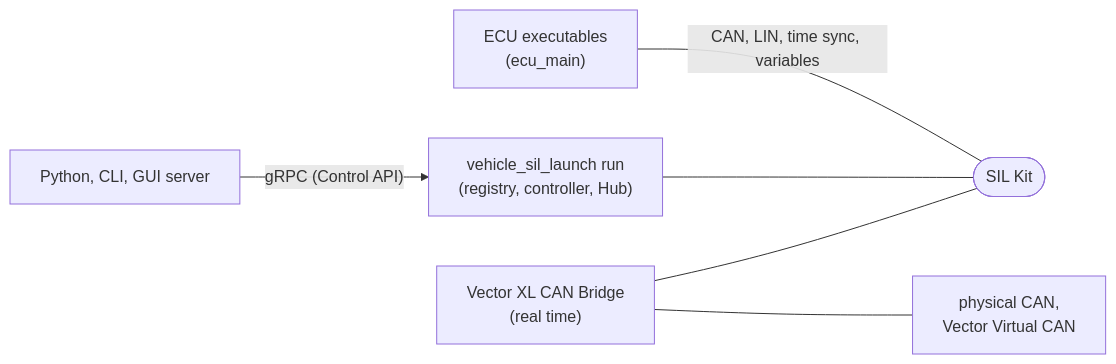
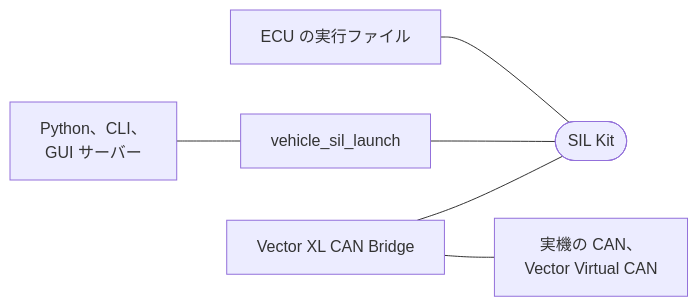
The diagram in docs/architecture.md (rahanahu/vehicle-sil), drawn with Mermaid before and after one commit. The commit also changed other lines of this file and 5 other files, not shown here.

````diff
--- a/docs/architecture.md
+++ b/docs/architecture.md
@@ -11,8 +19,8 @@
 ```mermaid
 flowchart LR
-    ecu["ECU executables<br>(ecu_main)"] -- "CAN, LIN, time sync, variables" --- silkit(["SIL Kit"])
-    launch["vehicle_sil_launch run<br>(registry, controller, Hub)"] --- silkit
-    bridge["Vector XL CAN Bridge<br>(real time)"] --- silkit
-    bridge --- bus["physical CAN,<br>Vector Virtual CAN"]
-    client["Python, CLI, GUI server"] -- "gRPC (Control API)" --> launch
+    ecu["ECU の実行ファイル"] --- silkit(["SIL Kit"])
+    launch["vehicle_sil_launch"] --- silkit
+    bridge["Vector XL CAN Bridge"] --- silkit
+    bridge --- bus["実機の CAN、<br>Vector Virtual CAN"]
+    client["Python、CLI、<br>GUI サーバー"] --- launch
 ```
````
